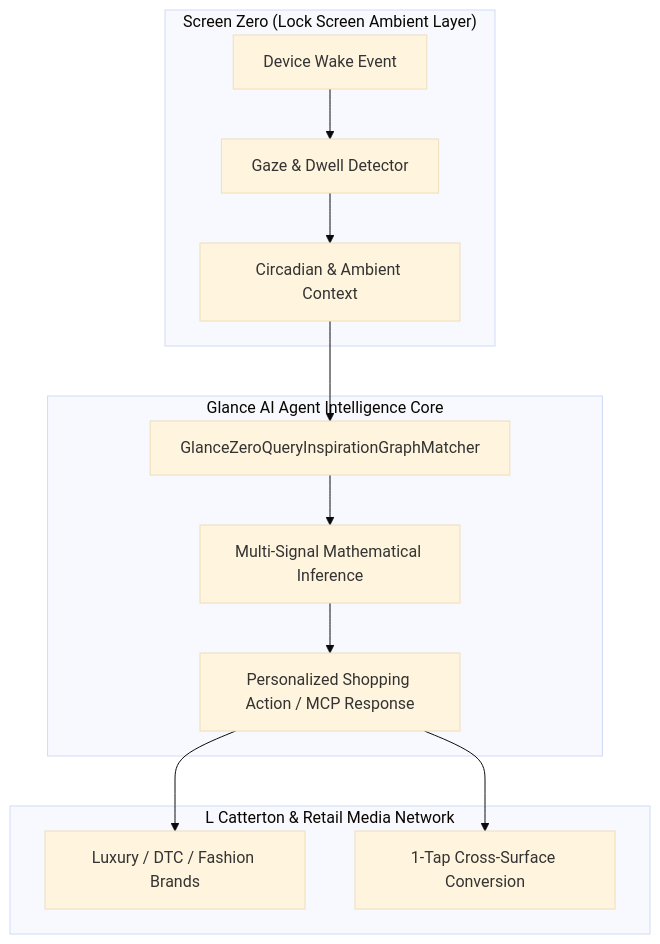
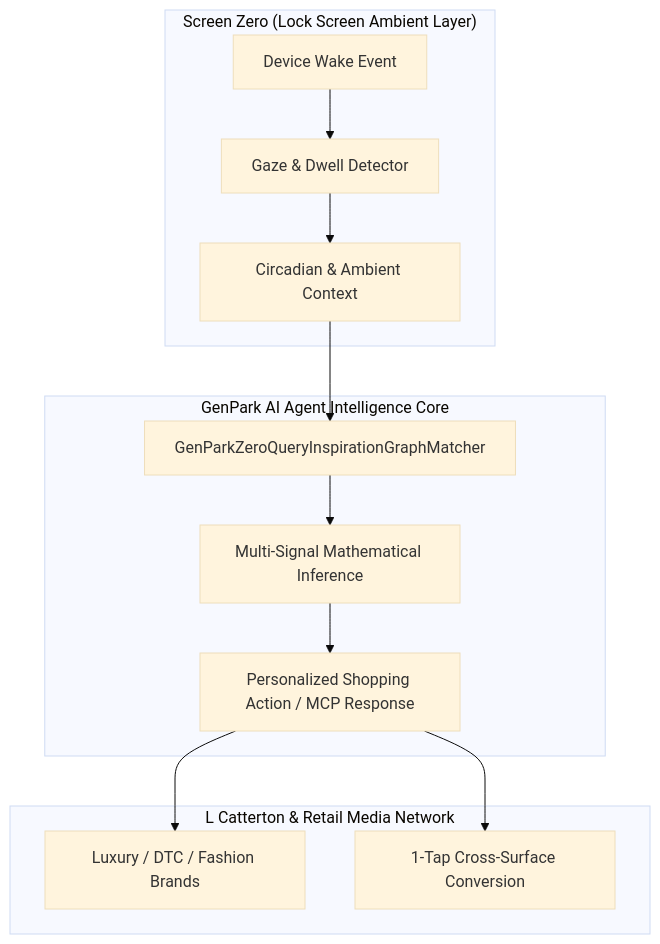
Before and after one commit to alphaparkinc/genpark-zero-query-inspiration-graph-matcher-skill: the diagram in README.md, drawn with Mermaid (base theme). The commit also changed other lines of this file, not shown here.

Commit message:
Refactor: align naming with genpark-zero-query-inspiration-graph-matcher-skill

````diff
--- a/README.md
+++ b/README.md
@@ -33,18 +33,18 @@
 ```mermaid
 flowchart TD
     subgraph ScreenZero["Screen Zero (Lock Screen Ambient Layer)"]
         Wake[Device Wake Event] --> Gaze[Gaze & Dwell Detector]
         Gaze --> Sensor[Circadian & Ambient Context]
     end
 
-    subgraph AgentCore["Glance AI Agent Intelligence Core"]
-        Sensor --> CoreEngine["GlanceZeroQueryInspirationGraphMatcher"]
+    subgraph AgentCore["GenPark AI Agent Intelligence Core"]
+        Sensor --> CoreEngine["GenParkZeroQueryInspirationGraphMatcher"]
         CoreEngine --> DecisionEngine[Multi-Signal Mathematical Inference]
         DecisionEngine --> OutputPayload[Personalized Shopping Action / MCP Response]
     end
 
     subgraph RetailEcosystem["L Catterton & Retail Media Network"]
         OutputPayload --> Brands[Luxury / DTC / Fashion Brands]
         OutputPayload --> Checkout[1-Tap Cross-Surface Conversion]
     end
 ```
````
